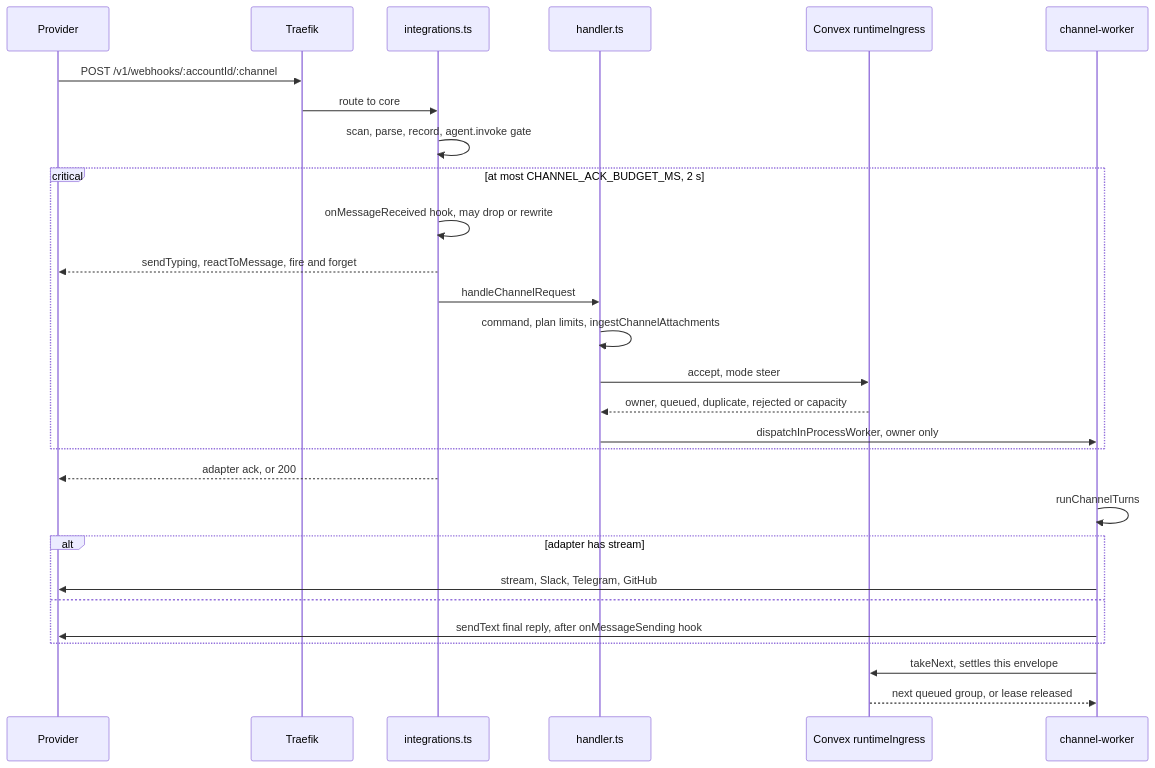
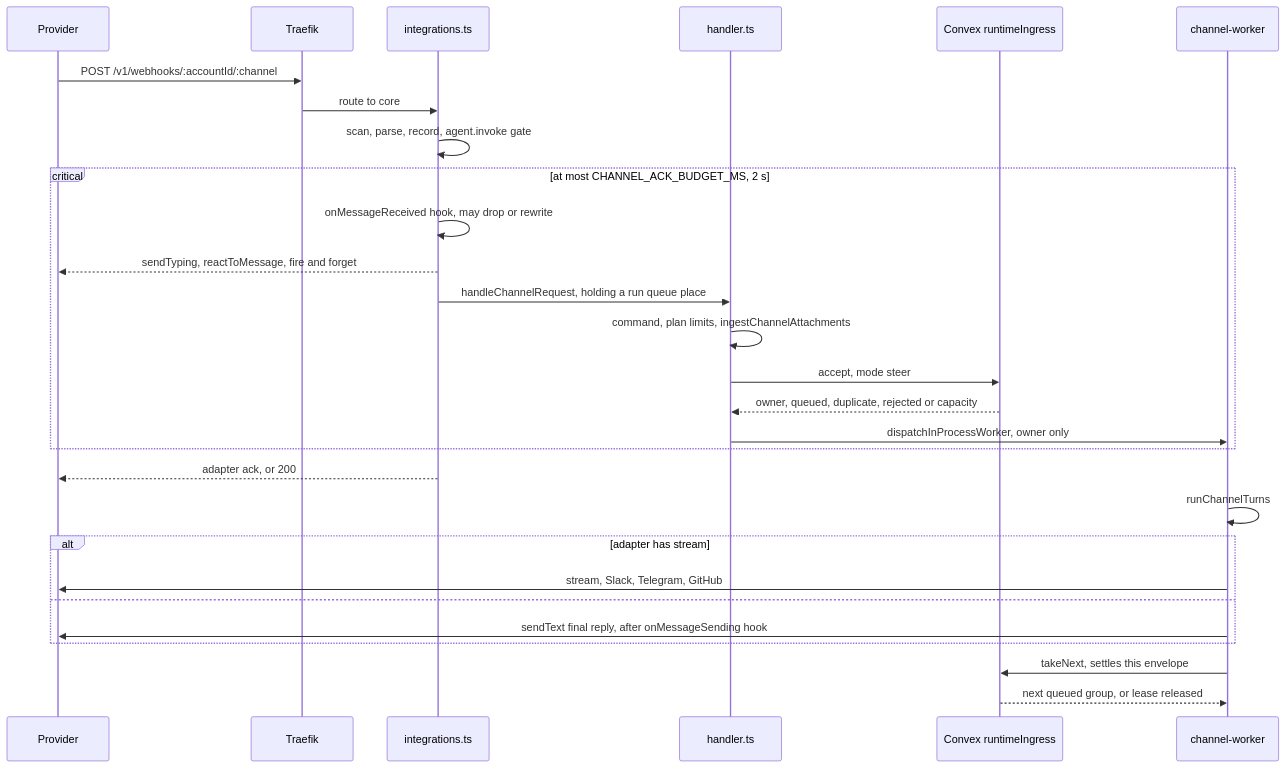
One commit to beeblastco/broods changed the third of 6 diagrams in apps/docs/docs/internals/channels.md. Above: the diagram before and after it, drawn with Mermaid. The commit also changed other lines of this file and 23 other files, not shown here.

First line of the commit message:
An account out of budget hears its 402/429 while the run queue is full, and channel messages a full queue turns away are no longer lost (#1089)

````diff
--- a/apps/docs/docs/internals/channels.md
+++ b/apps/docs/docs/internals/channels.md
@@ -85,31 +85,31 @@
 ```mermaid
 sequenceDiagram
   participant P as Provider
   participant T as Traefik
   participant I as integrations.ts
   participant H as handler.ts
   participant CX as Convex runtimeIngress
   participant W as channel-worker
 
   P->>T: POST /v1/webhooks/:accountId/:channel
   T->>I: route to core
   I->>I: scan, parse, record, agent.invoke gate
   critical at most CHANNEL_ACK_BUDGET_MS, 2 s
     I->>I: onMessageReceived hook, may drop or rewrite
     I-->>P: sendTyping, reactToMessage, fire and forget
-    I->>H: handleChannelRequest
+    I->>H: handleChannelRequest, holding a run queue place
     H->>H: command, plan limits, ingestChannelAttachments
     H->>CX: accept, mode steer
     CX-->>H: owner, queued, duplicate, rejected or capacity
     H->>W: dispatchInProcessWorker, owner only
   end
   I-->>P: adapter ack, or 200
   W->>W: runChannelTurns
   alt adapter has stream
     W->>P: stream, Slack, Telegram, GitHub
   else
     W->>P: sendText final reply, after onMessageSending hook
   end
   W->>CX: takeNext, settles this envelope
   CX-->>W: next queued group, or lease released
 ```
````
